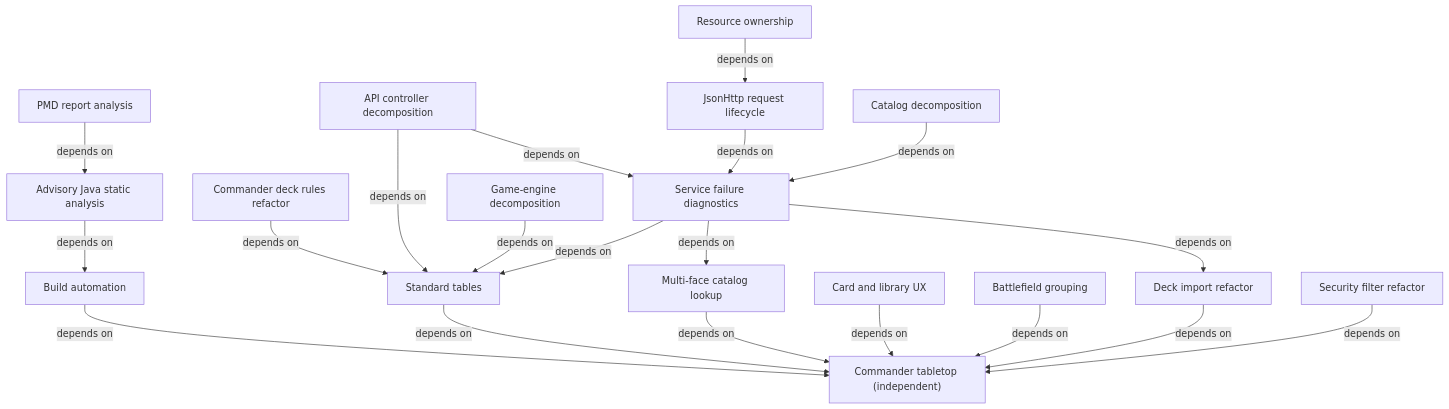
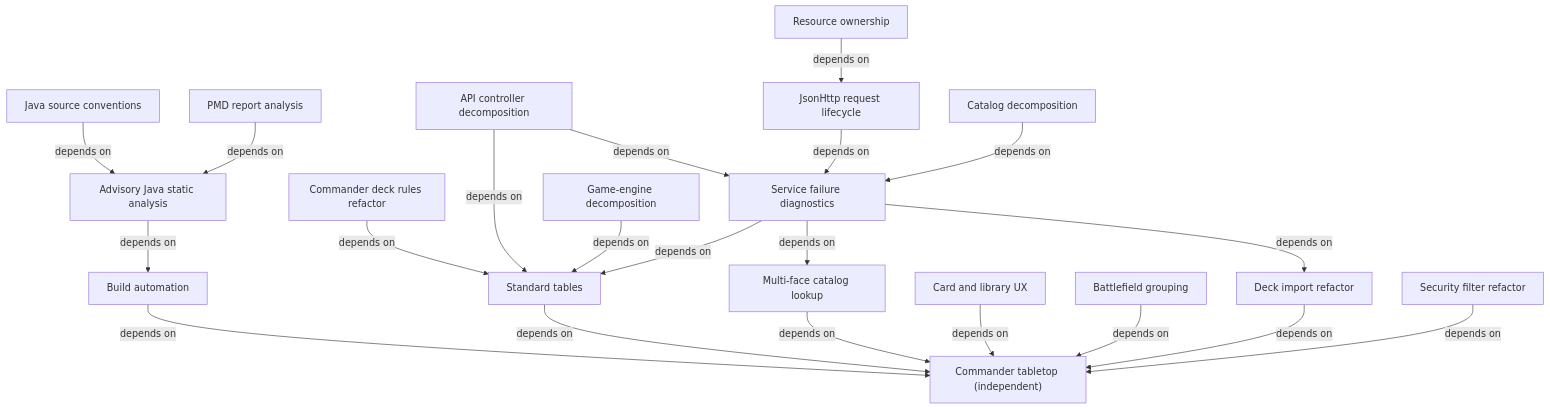
Before and after one commit to gossagomez-new/mtgcmd: the diagram in spec/INDEX.md, drawn with Mermaid. The commit also changed other lines of this file and 78 other files, not shown here.

Commit message:
refactor(backend): apply agreed java source conventions

````diff
--- a/spec/INDEX.md
+++ b/spec/INDEX.md
@@ -27,39 +29,41 @@
 ```mermaid
 flowchart TD
     tabletop["Commander tabletop (independent)"]
     build["Build automation"]
     analysis["Advisory Java static analysis"]
     analysis -->|depends on| build
+    conventions["Java source conventions"]
+    conventions -->|depends on| analysis
     pmdreview["PMD report analysis"]
     pmdreview -->|depends on| analysis
     imports["Deck import refactor"]
     imports -->|depends on| tabletop
     catalog["Multi-face catalog lookup"]
     catalog -->|depends on| tabletop
     ux["Card and library UX"]
     ux -->|depends on| tabletop
     grouping["Battlefield grouping"]
     grouping -->|depends on| tabletop
     standard["Standard tables"]
     standard -->|depends on| tabletop
     deckrules["Commander deck rules refactor"]
     deckrules -->|depends on| standard
     diagnostics["Service failure diagnostics"]
     diagnostics -->|depends on| imports
     diagnostics -->|depends on| catalog
     diagnostics -->|depends on| standard
     api["API controller decomposition"]
     api -->|depends on| diagnostics
     api -->|depends on| standard
     transport["JsonHttp request lifecycle"]
     transport -->|depends on| diagnostics
     resources["Resource ownership"]
     resources -->|depends on| transport
     decomposition["Catalog decomposition"]
     decomposition -->|depends on| diagnostics
     engine["Game-engine decomposition"]
     engine -->|depends on| standard
     security["Security filter refactor"]
     security -->|depends on| tabletop
     build -->|depends on| tabletop
 ```
````
